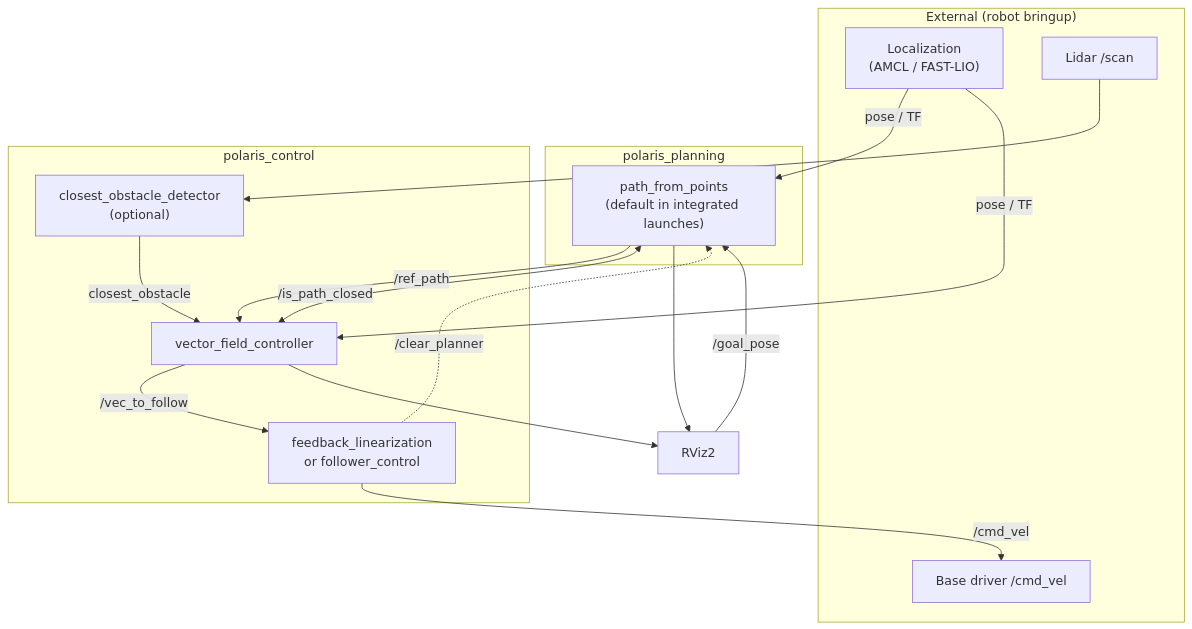
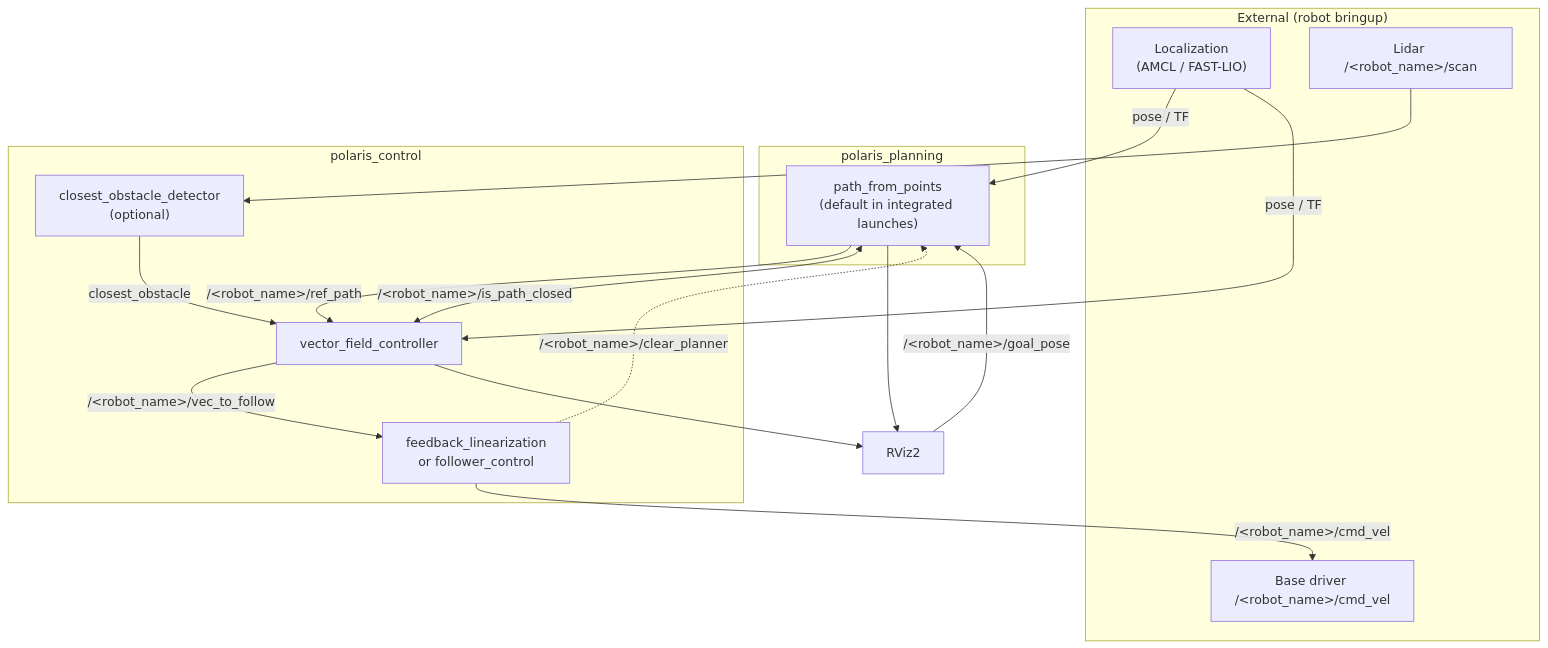
Before and after one commit to UFMG-Petrobras-OP-1319/petro_rmf_polaris_navigation: the diagram in README.md, drawn with Mermaid. The commit also changed other lines of this file and 24 other files, not shown here.

````diff
--- a/README.md
+++ b/README.md
@@ -26,33 +26,33 @@
 ```mermaid
 flowchart TB
     subgraph External["External (robot bringup)"]
         LOC["Localization<br/>(AMCL / FAST-LIO)"]
-        LIDAR["Lidar /scan"]
-        BASE["Base driver /cmd_vel"]
+        LIDAR["Lidar /&lt;robot_name&gt;/scan"]
+        BASE["Base driver /&lt;robot_name&gt;/cmd_vel"]
     end
 
     subgraph Planning["polaris_planning"]
         PLN["path_from_points<br/>(default in integrated launches)"]
     end
 
     subgraph Control["polaris_control"]
         VFC["vector_field_controller"]
         COD["closest_obstacle_detector<br/>(optional)"]
         EXEC["feedback_linearization<br/>or follower_control"]
     end
 
     RVIZ["RViz2"]
 
-    RVIZ -->|/goal_pose| PLN
+    RVIZ -->|/&lt;robot_name&gt;/goal_pose| PLN
     LOC -->|pose / TF| PLN
     LOC -->|pose / TF| VFC
-    PLN -->|/ref_path| VFC
-    PLN <-->|/is_path_closed| VFC
+    PLN -->|/&lt;robot_name&gt;/ref_path| VFC
+    PLN <-->|/&lt;robot_name&gt;/is_path_closed| VFC
     LIDAR --> COD
     COD -->|closest_obstacle| VFC
-    VFC -->|/vec_to_follow| EXEC
-    EXEC -->|/cmd_vel| BASE
-    EXEC -.->|/clear_planner| PLN
+    VFC -->|/&lt;robot_name&gt;/vec_to_follow| EXEC
+    EXEC -->|/&lt;robot_name&gt;/cmd_vel| BASE
+    EXEC -.->|/&lt;robot_name&gt;/clear_planner| PLN
     PLN --> RVIZ
     VFC --> RVIZ
 ```
````
